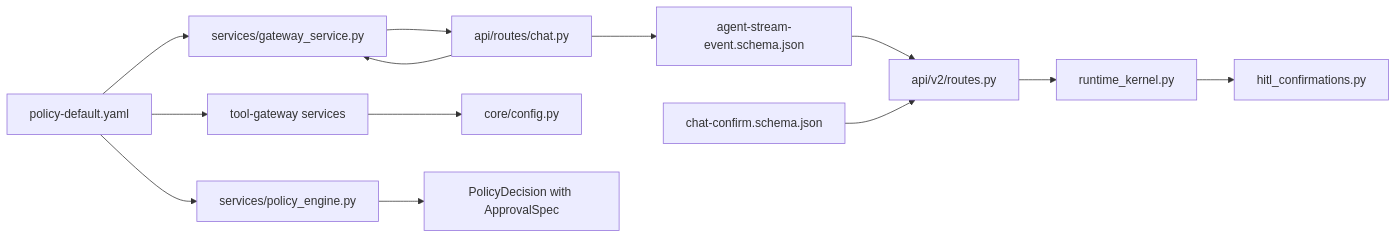
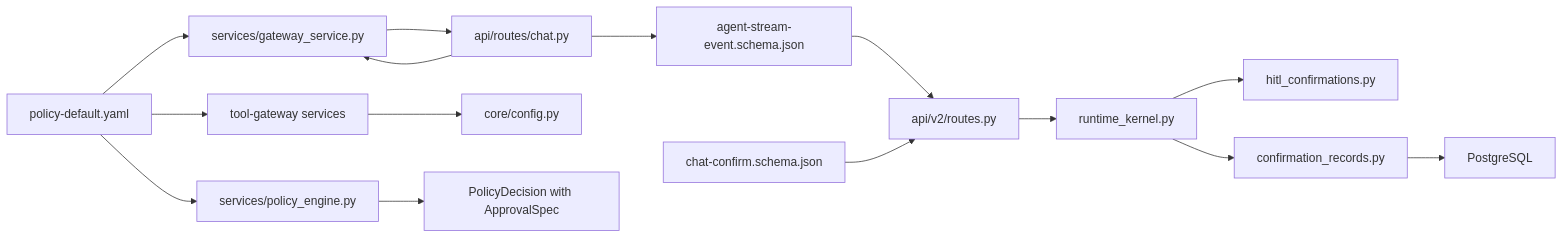
Diagram 11 of 11 in .qoder/repowiki/en/content/Agent Platform Service/HITL Confirmation Bridging (SPEC-020).md (metasync/luban-aiops), drawn with Mermaid before and after one commit. The commit also changed other lines of this file and 65 other files, not shown here.

````diff
--- a/.qoder/repowiki/en/content/Agent Platform Service/HITL Confirmation Bridging (SPEC-020).md
+++ b/.qoder/repowiki/en/content/Agent Platform Service/HITL Confirmation Bridging (SPEC-020).md
@@ -473,15 +530,17 @@
 ```mermaid
 graph LR
 SCHEMA["agent-stream-event.schema.json"] --> ROUTES["api/v2/routes.py"]
 CONFIRM_SCHEMA["chat-confirm.schema.json"] --> ROUTES
 POLICY["policy-default.yaml"] --> GWSVC["services/gateway_service.py"]
 POLICY --> TGSVC["tool-gateway services"]
 POLICY --> PE["services/policy_engine.py"]
 GWSVC --> CHATROUTE["api/routes/chat.py"]
 ROUTES --> KERNEL["runtime_kernel.py"]
 KERNEL --> REGISTRY["hitl_confirmations.py"]
+KERNEL --> RECORDS["confirmation_records.py"]
+RECORDS --> POSTGRES["PostgreSQL"]
 CHATROUTE --> GWSVC
 CHATROUTE --> SCHEMA
 TGSVC --> CONFIG["core/config.py"]
 PE --> DECISION["PolicyDecision with ApprovalSpec"]
 ```
````
